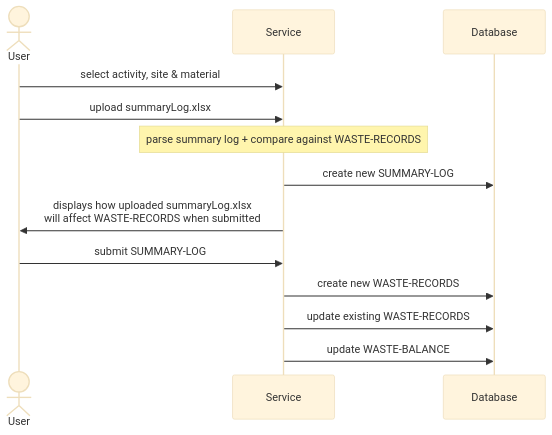
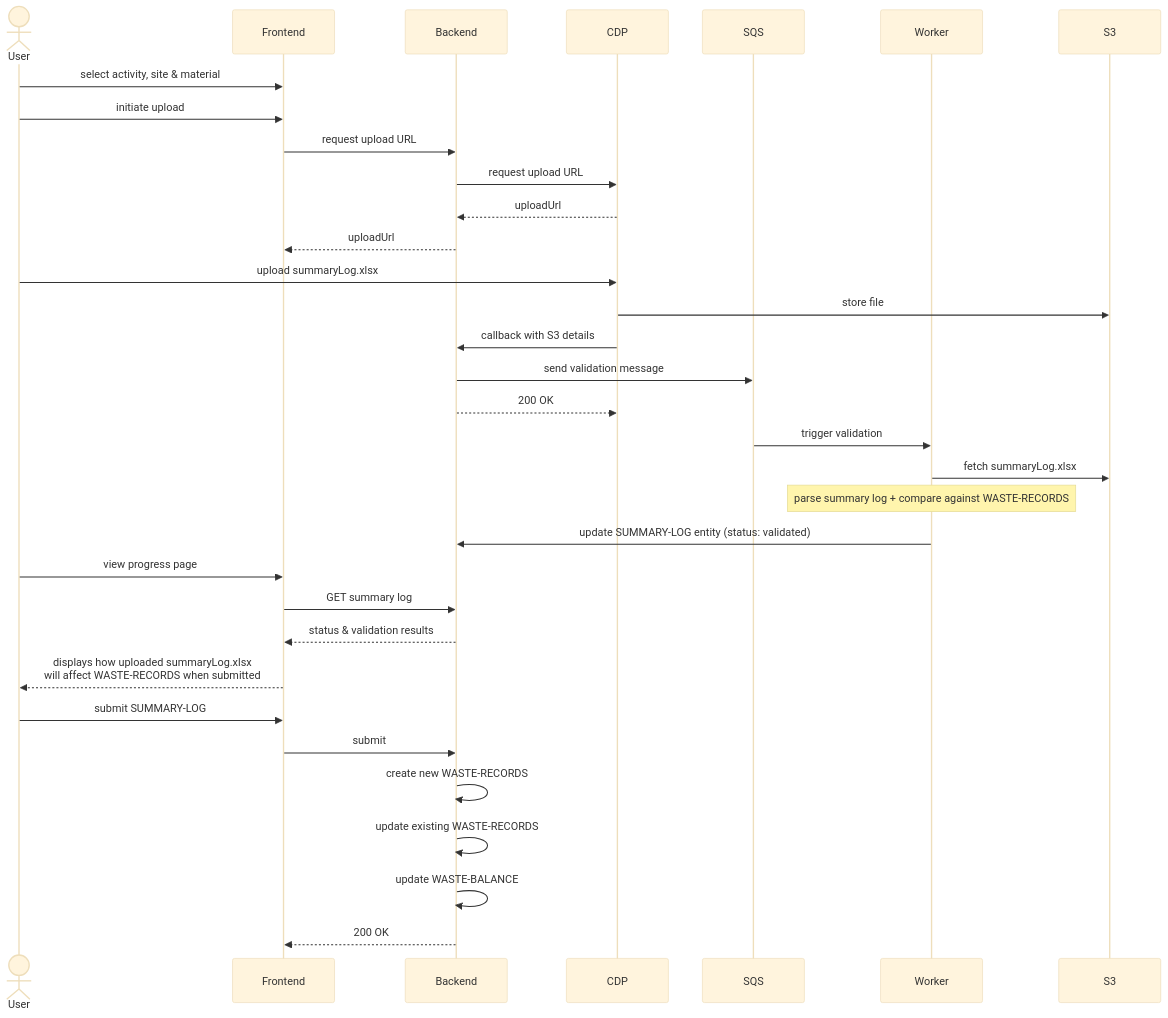
The tenth of 10 diagrams in docs/architecture/discovery/pepr-hld.md (DEFRA/epr-backend), drawn with Mermaid (base theme) before and after one commit. The commit also changed other lines of this file and 1 other file, not shown here.

Commit message:
PAE-289: Update design docs for event-driven summary log flow (#141)

````diff
--- a/docs/architecture/discovery/pepr-hld.md
+++ b/docs/architecture/discovery/pepr-hld.md
@@ -435,16 +455,36 @@
 ```mermaid
 sequenceDiagram
     actor User
-    participant Service
-    participant Database
+    participant Frontend
+    participant Backend
+    participant CDP
+    participant SQS
+    participant Worker
+    participant S3
 
-    User->>Service: select activity, site & material
-    User->>Service: upload summaryLog.xlsx
-    Note over Service: parse summary log + compare against WASTE-RECORDS
-    Service->>Database: create new SUMMARY-LOG
-    Service->>User: displays how uploaded summaryLog.xlsx<br> will affect WASTE-RECORDS when submitted
-    User->>Service: submit SUMMARY-LOG
-    Service->>Database: create new WASTE-RECORDS
-    Service->>Database: update existing WASTE-RECORDS
-    Service->>Database: update WASTE-BALANCE
+    User->>Frontend: select activity, site & material
+    User->>Frontend: initiate upload
+    Frontend->>Backend: request upload URL
+    Backend->>CDP: request upload URL
+    CDP-->>Backend: uploadUrl
+    Backend-->>Frontend: uploadUrl
+    User->>CDP: upload summaryLog.xlsx
+    CDP->>S3: store file
+    CDP->>Backend: callback with S3 details
+    Backend->>SQS: send validation message
+    Backend-->>CDP: 200 OK
+    SQS->>Worker: trigger validation
+    Worker->>S3: fetch summaryLog.xlsx
+    Note over Worker: parse summary log + compare against WASTE-RECORDS
+    Worker->>Backend: update SUMMARY-LOG entity (status: validated)
+    User->>Frontend: view progress page
+    Frontend->>Backend: GET summary log
+    Backend-->>Frontend: status & validation results
+    Frontend-->>User: displays how uploaded summaryLog.xlsx<br> will affect WASTE-RECORDS when submitted
+    User->>Frontend: submit SUMMARY-LOG
+    Frontend->>Backend: submit
+    Backend->>Backend: create new WASTE-RECORDS
+    Backend->>Backend: update existing WASTE-RECORDS
+    Backend->>Backend: update WASTE-BALANCE
+    Backend-->>Frontend: 200 OK
 ```
````
